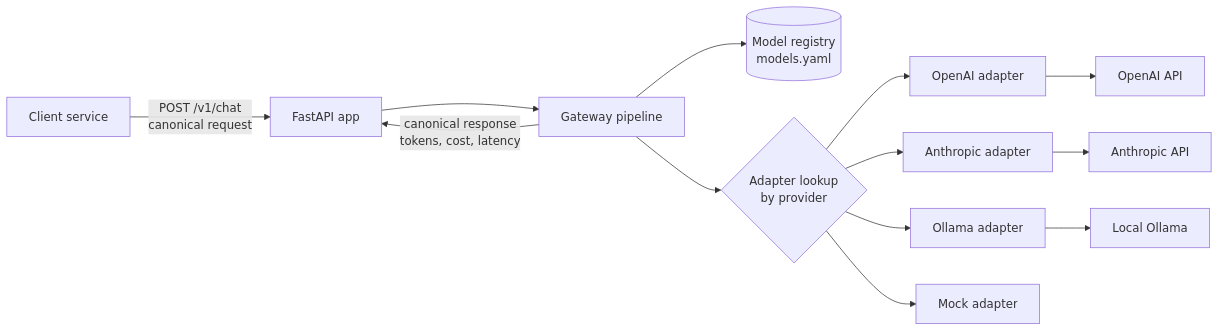
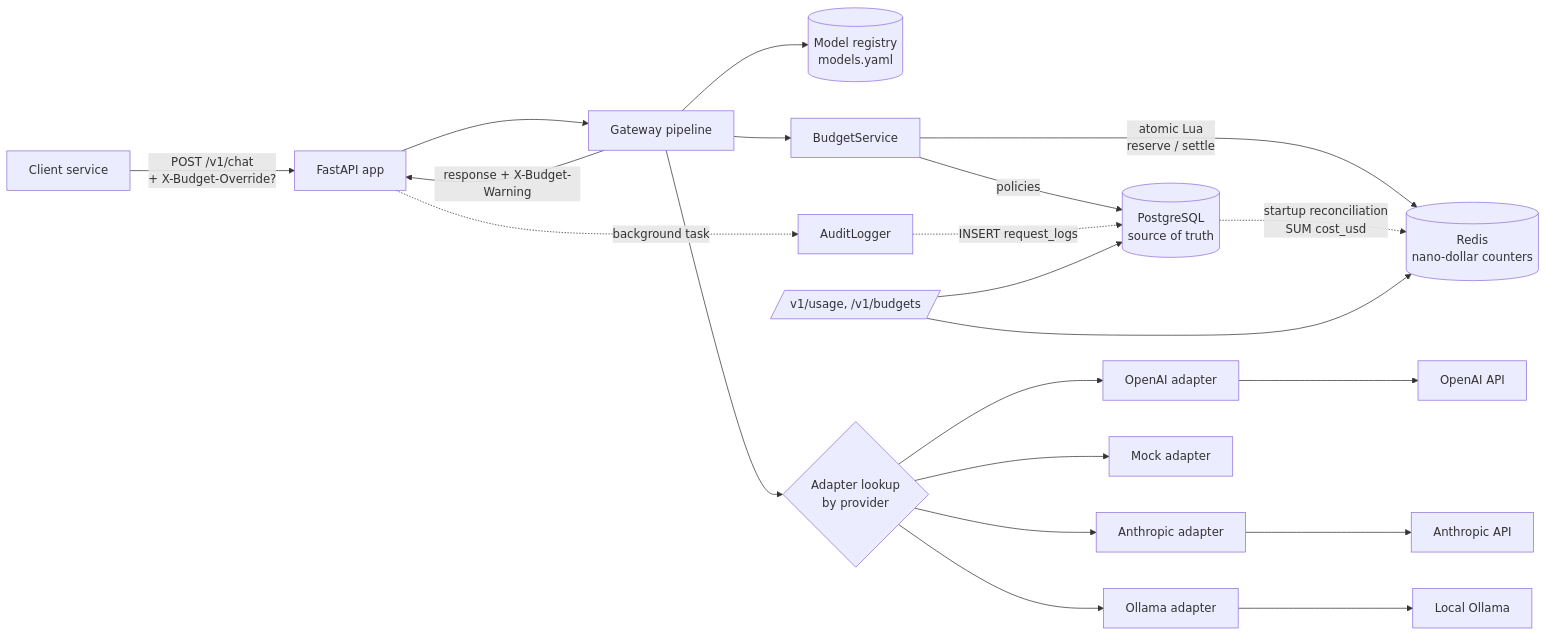
Before and after one commit to Abhigyanv23/llm-spend-control: the first of 2 diagrams in docs/architecture.md, drawn with Mermaid. The commit also changed other lines of this file and 45 other files, not shown here.

First line of the commit message:
feat: phase 2 - cost tracking and budgets

````diff
--- a/docs/architecture.md
+++ b/docs/architecture.md
@@ -5,12 +5,19 @@
 ```mermaid
 flowchart LR
-    C[Client service] -->|POST /v1/chat<br/>canonical request| API[FastAPI app]
+    C[Client service] -->|POST /v1/chat<br/>+ X-Budget-Override?| API[FastAPI app]
     API --> GW[Gateway pipeline]
     GW --> REG[(Model registry<br/>models.yaml)]
+    GW --> BS[BudgetService]
+    BS -->|policies| PG[(PostgreSQL<br/>source of truth)]
+    BS -->|atomic Lua<br/>reserve / settle| RD[(Redis<br/>nano-dollar counters)]
     GW --> AD{Adapter lookup<br/>by provider}
     AD --> OA[OpenAI adapter] --> OAPI[OpenAI API]
     AD --> AN[Anthropic adapter] --> AAPI[Anthropic API]
     AD --> OL[Ollama adapter] --> OLL[Local Ollama]
     AD --> MK[Mock adapter]
-    GW -->|canonical response<br/>tokens, cost, latency| API
+    GW -->|response + X-Budget-Warning| API
+    API -.->|background task| AU[AuditLogger] -.->|INSERT request_logs| PG
+    PG -.->|startup reconciliation<br/>SUM cost_usd| RD
+    UB[/v1/usage, /v1/budgets/] --> PG
+    UB --> RD
 ```
````
